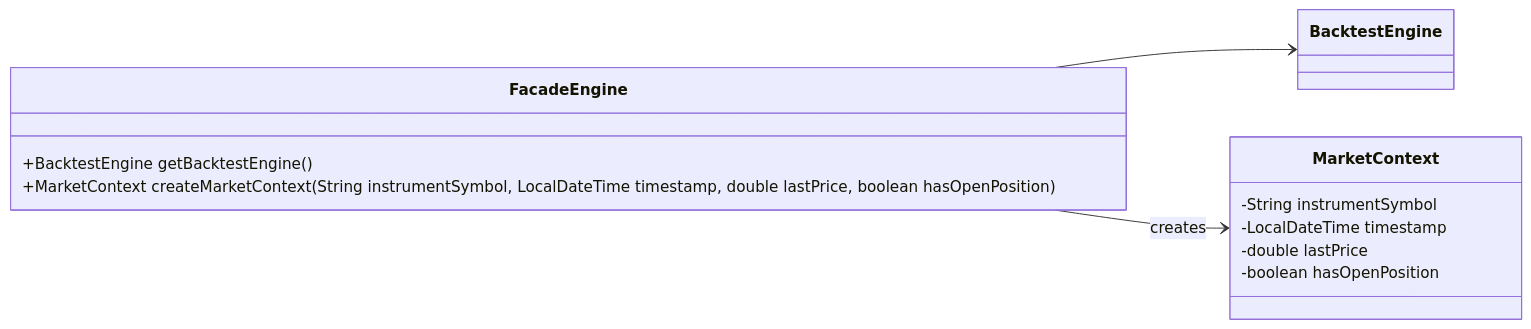
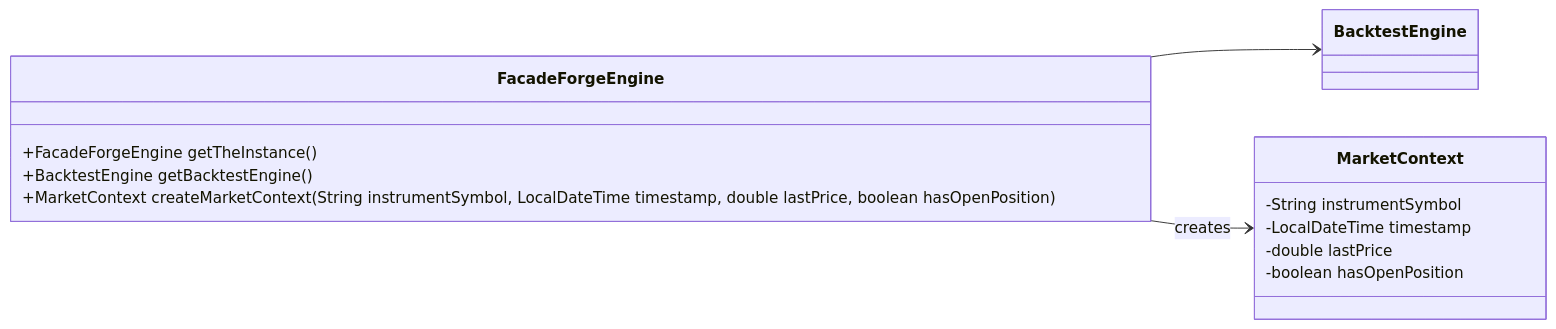
The ninth of 12 diagrams in class-model.md (probst-paul/FORGE), drawn with Mermaid before and after one commit. The commit also changed other lines of this file and 13 other files, not shown here.

First line of the commit message:
Rename facades to FacadeForge* and add singletons

````diff
--- a/class-model.md
+++ b/class-model.md
@@ -412,21 +418,22 @@
 ```mermaid
 classDiagram
     direction LR
 
-    class FacadeEngine {
+    class FacadeForgeEngine {
+        +FacadeForgeEngine getTheInstance()
         +BacktestEngine getBacktestEngine()
         +MarketContext createMarketContext(String instrumentSymbol, LocalDateTime timestamp, double lastPrice, boolean hasOpenPosition)
     }
 
     class BacktestEngine
 
     class MarketContext {
         -String instrumentSymbol
         -LocalDateTime timestamp
         -double lastPrice
         -boolean hasOpenPosition
     }
 
-    FacadeEngine --> BacktestEngine
-    FacadeEngine --> MarketContext : creates
+    FacadeForgeEngine --> BacktestEngine
+    FacadeForgeEngine --> MarketContext : creates
 ```
````
